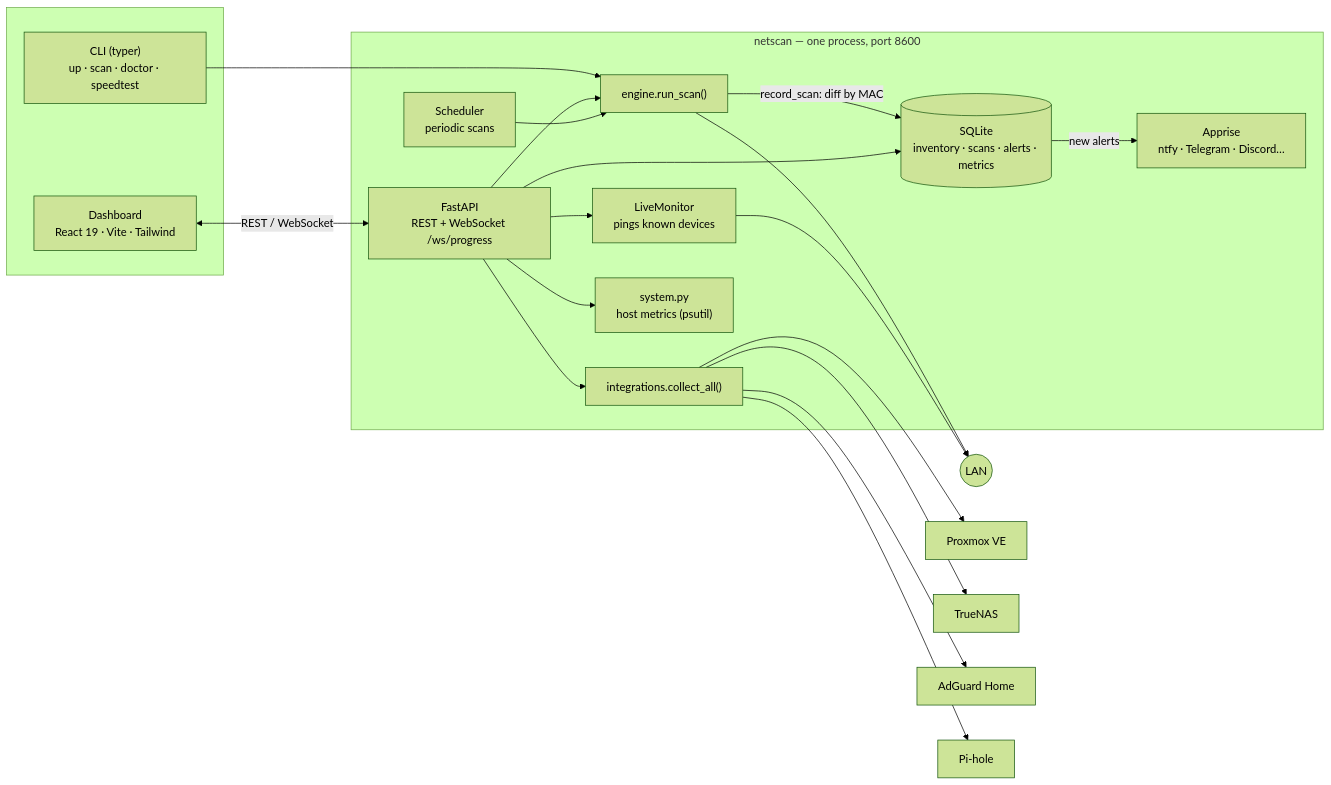
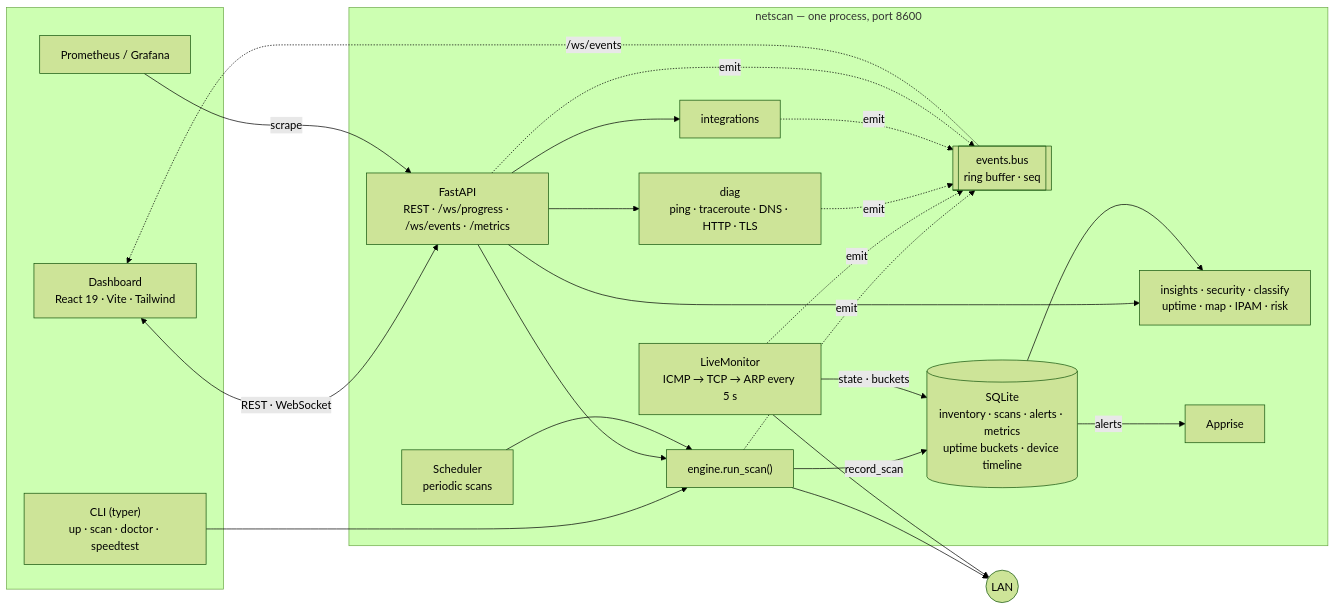
One commit to abarriuso/netscan changed the first of 2 diagrams in docs/ARCHITECTURE.md. Above: the diagram before and after it, drawn with Mermaid (forest theme). The commit also changed other lines of this file and 84 other files, not shown here.

````diff
--- a/docs/ARCHITECTURE.md
+++ b/docs/ARCHITECTURE.md
@@ -5,27 +5,33 @@
 ```mermaid
 flowchart LR
   subgraph clients[" "]
     UI["Dashboard<br/>React 19 · Vite · Tailwind"]
     CLI["CLI (typer)<br/>up · scan · doctor · speedtest"]
+    PROM["Prometheus / Grafana"]
   end
   subgraph proc["netscan — one process, port 8600"]
-    API["FastAPI<br/>REST + WebSocket /ws/progress"]
+    API["FastAPI<br/>REST · /ws/progress · /ws/events · /metrics"]
+    BUS[["events.bus<br/>ring buffer · seq"]]
     SCHED["Scheduler<br/>periodic scans"]
     ENGINE["engine.run_scan()"]
-    STORE[("SQLite<br/>inventory · scans · alerts · metrics")]
-    LIVE["LiveMonitor<br/>pings known devices"]
-    INTEG["integrations.collect_all()"]
-    SYS["system.py<br/>host metrics (psutil)"]
-    NOTIFY["Apprise<br/>ntfy · Telegram · Discord…"]
+    LIVE["LiveMonitor<br/>ICMP → TCP → ARP every 5 s"]
+    STORE[("SQLite<br/>inventory · scans · alerts · metrics<br/>uptime buckets · device timeline")]
+    INSIGHTS["insights · security · classify<br/>uptime · map · IPAM · risk"]
+    DIAG["diag<br/>ping · traceroute · DNS · HTTP · TLS"]
+    INTEG["integrations"]
+    NOTIFY["Apprise"]
   end
-  UI <-->|REST / WebSocket| API
+  UI <-->|REST · WebSocket| API
+  PROM -->|scrape| API
   CLI --> ENGINE
-  API --> ENGINE
+  API --> ENGINE & INSIGHTS & DIAG & INTEG
   SCHED --> ENGINE
-  ENGINE -->|record_scan: diff by MAC| STORE
-  STORE -->|new alerts| NOTIFY
-  API --> STORE & LIVE & INTEG & SYS
+  ENGINE -->|record_scan| STORE
+  LIVE -->|state · buckets| STORE
+  STORE --> INSIGHTS
+  STORE -->|alerts| NOTIFY
+  ENGINE & LIVE & DIAG & INTEG & API -.->|emit| BUS
+  BUS -.->|/ws/events| UI
   ENGINE --> LAN(("LAN"))
   LIVE --> LAN
-  INTEG --> PVE["Proxmox VE"] & TN["TrueNAS"] & AG["AdGuard Home"] & PH["Pi-hole"]
 ```
````
